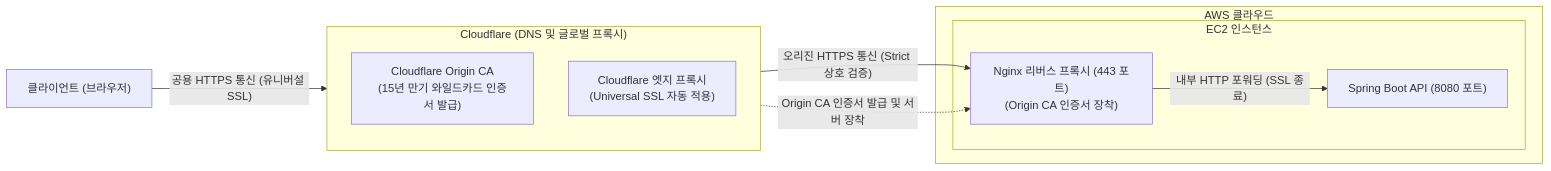
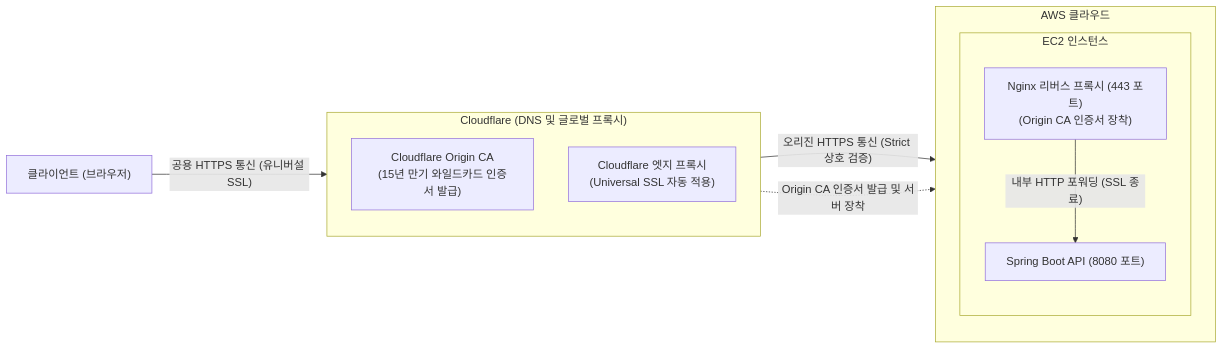
Before and after one commit to likelion-backend-25th/22-project-sns: the second of 4 diagrams in guide/04.challenge.md, drawn with Mermaid. The commit also changed other lines of this file, not shown here.

````diff
--- a/guide/04.challenge.md
+++ b/guide/04.challenge.md
@@ -266,22 +268,24 @@
 ```mermaid
 flowchart LR
     Client["클라이언트 (브라우저)"]
 
     subgraph CF["Cloudflare (DNS 및 글로벌 프록시)"]
         direction TB
         CF_CA["Cloudflare Origin CA<br/>(15년 만기 와일드카드 인증서 발급)"]
         CF_Edge["Cloudflare 엣지 프록시<br/>(Universal SSL 자동 적용)"]
     end
 
     subgraph AWS["AWS 클라우드"]
+        direction TB
         subgraph EC2["EC2 인스턴스"]
+            direction TB
             Nginx["Nginx 리버스 프록시 (443 포트)<br/>(Origin CA 인증서 장착)"]
             SpringBoot["Spring Boot API (8080 포트)"]
         end
     end
 
     Client -->|"공용 HTTPS 통신 (유니버설 SSL)"| CF_Edge
     CF_Edge -->|"오리진 HTTPS 통신 (Strict 상호 검증)"| Nginx
     CF_CA -.->|"Origin CA 인증서 발급 및 서버 장착"| Nginx
     Nginx -->|"내부 HTTP 포워딩 (SSL 종료)"| SpringBoot
 ```
````
